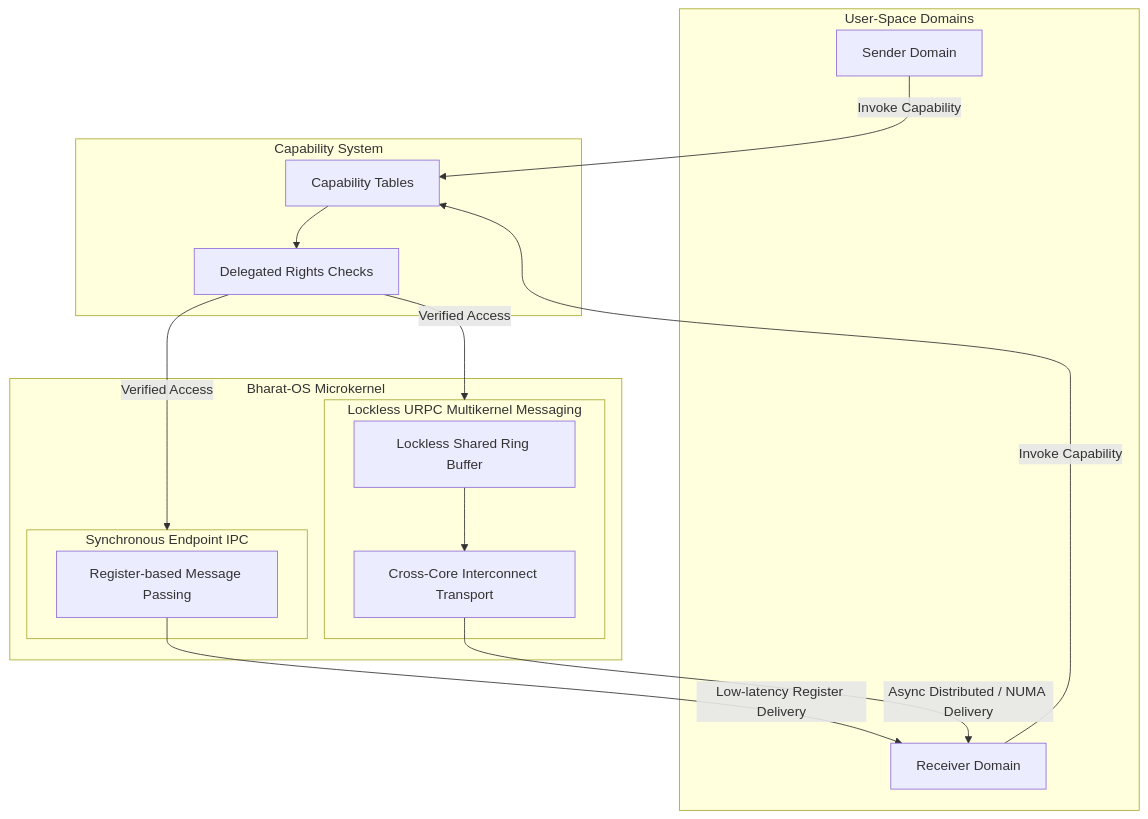
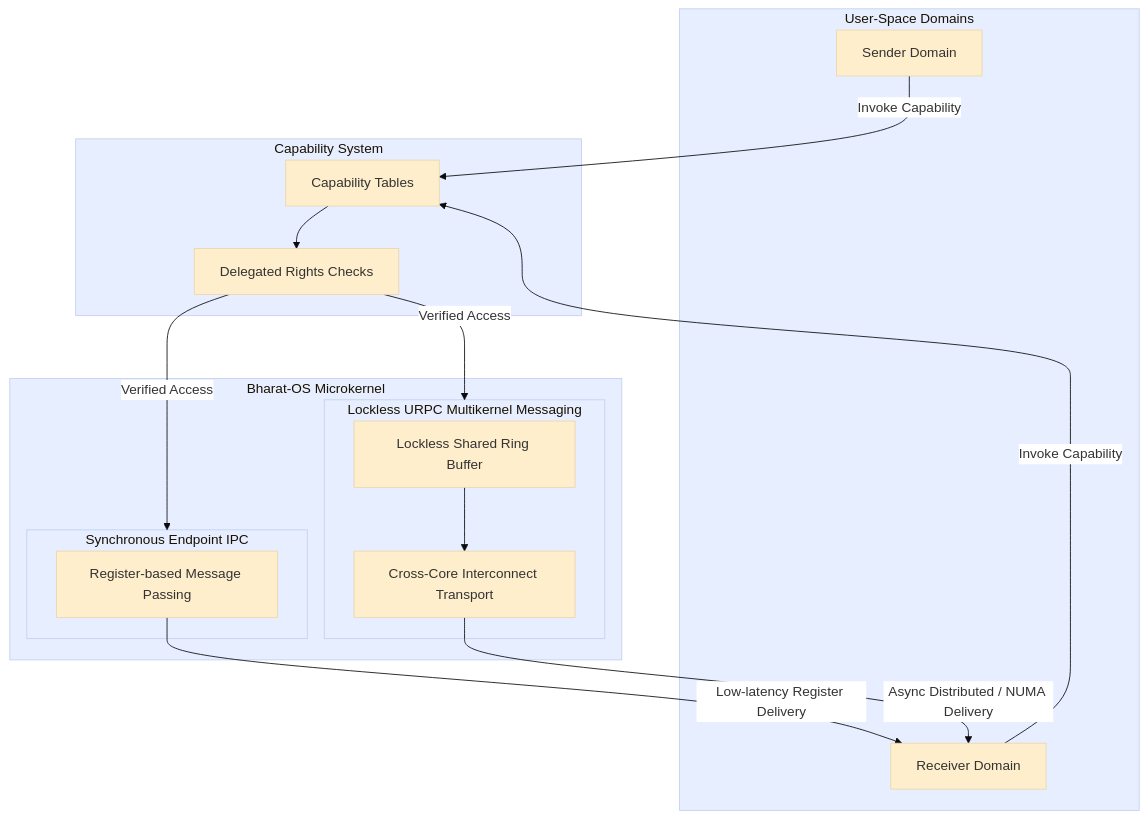
Before and after one commit to CloudCarpentry/Bharat-OS: the fifth of 7 diagrams in README.md, drawn with Mermaid. The commit also changed other lines of this file and 3 other files, not shown here.

First line of the commit message:
docs: update README, ADRs, and architecture docs for structured panics and FBUI

````diff
--- a/README.md
+++ b/README.md
@@ -231,34 +239,35 @@
 ```mermaid
+%%{init: {'theme': 'base', 'themeVariables': { 'primaryColor': '#ffeecc', 'edgeLabelBackground':'#ffffff'}}}%%
 graph TD
     subgraph UserSpace [User-Space Domains]
         Sender[Sender Domain]
         Receiver[Receiver Domain]
     end
 
     subgraph Capability [Capability System]
         CapTable[Capability Tables]
         Checks[Delegated Rights Checks]
     end
 
     subgraph Microkernel [Bharat-OS Microkernel]
         subgraph SyncIPC [Synchronous Endpoint IPC]
             RegisterPass[Register-based Message Passing]
         end
 
         subgraph AsyncIPC [Lockless URPC Multikernel Messaging]
             RingBuffer[Lockless Shared Ring Buffer]
             MultiCore[Cross-Core Interconnect Transport]
         end
     end
 
     Sender -->|Invoke Capability| CapTable
     Receiver -->|Invoke Capability| CapTable
 
     CapTable --> Checks
     Checks -->|Verified Access| SyncIPC
     Checks -->|Verified Access| AsyncIPC
 
     RegisterPass -->|Low-latency Register Delivery| Receiver
     RingBuffer --> MultiCore
     MultiCore -->|Async Distributed / NUMA Delivery| Receiver
 ```
````
